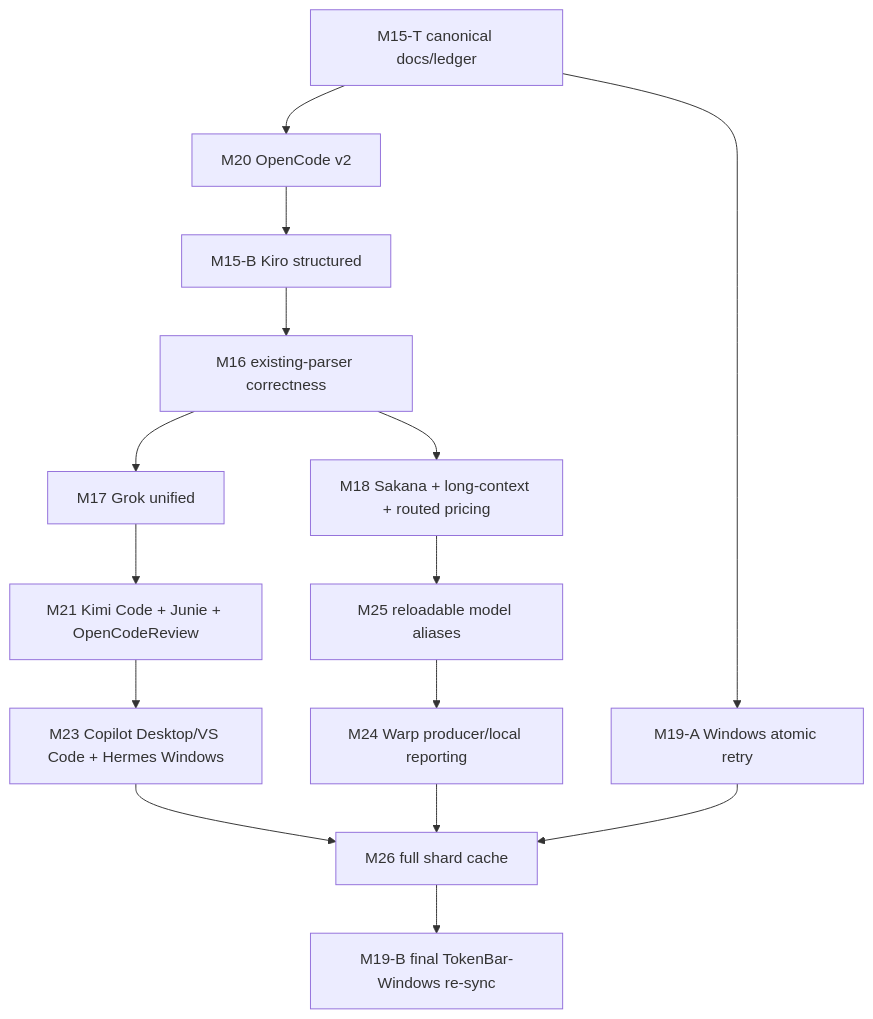
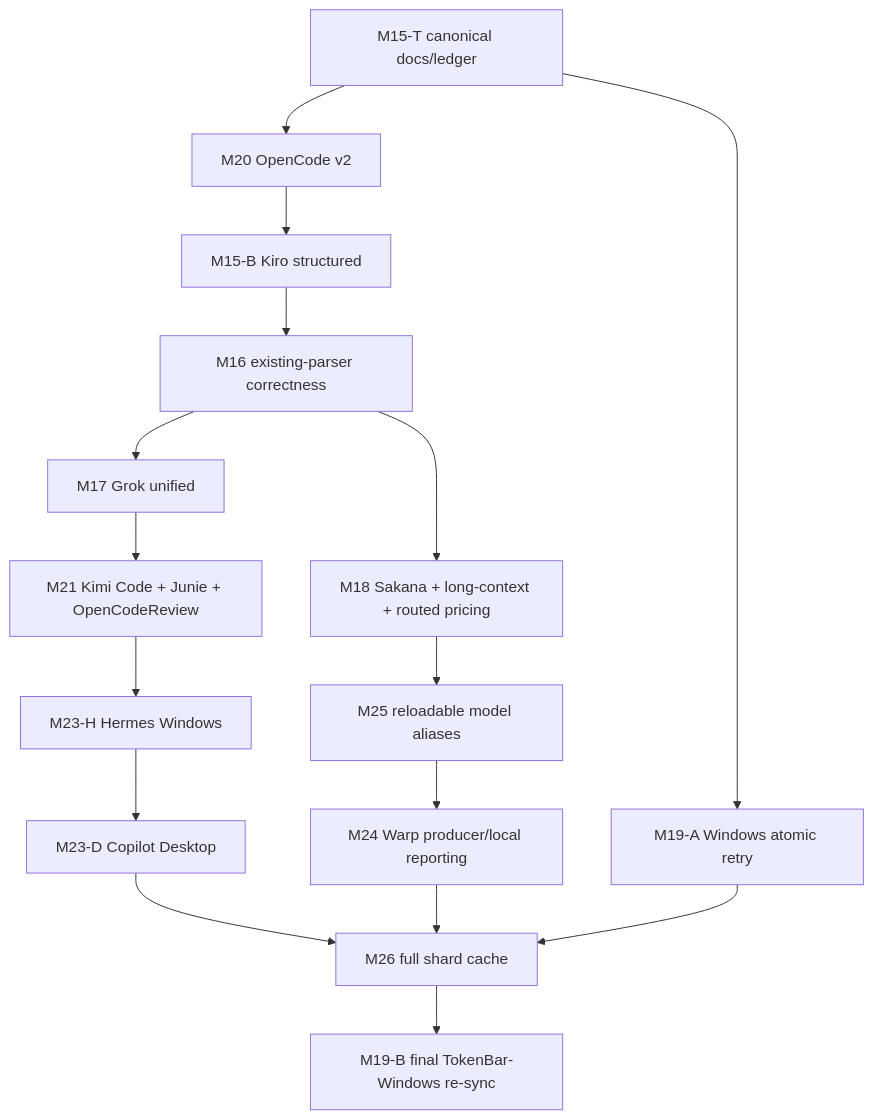
One commit to starburst3190/TokenBar changed the first of 2 diagrams in docs/knowledge/plans/tokscale-alignment.md. Above: the diagram before and after it, drawn with Mermaid. The commit also changed other lines of this file and 3 other files, not shown here.

````diff
--- a/docs/knowledge/plans/tokscale-alignment.md
+++ b/docs/knowledge/plans/tokscale-alignment.md
@@ -75,21 +76,22 @@
 ```mermaid
 flowchart TD
     T[M15-T canonical docs/ledger] --> O[M20 OpenCode v2]
     O --> K[M15-B Kiro structured]
     K --> C[M16 existing-parser correctness]
 
     C --> G[M17 Grok unified]
     G --> N1[M21 Kimi Code + Junie + OpenCodeReview]
-    N1 --> N3[M23 Copilot Desktop/VS Code + Hermes Windows]
+    N1 --> H[M23-H Hermes Windows]
+    H --> D[M23-D Copilot Desktop]
 
     C --> P[M18 Sakana + long-context + routed pricing]
     P --> A[M25 reloadable model aliases]
     A --> W[M24 Warp producer/local reporting]
 
     T --> F[M19-A Windows atomic retry]
 
-    N3 --> S[M26 full shard cache]
+    D --> S[M26 full shard cache]
     W --> S
     F --> S
     S --> WS[M19-B final TokenBar-Windows re-sync]
 ```
````
